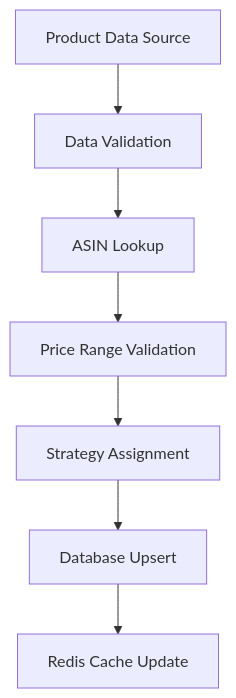
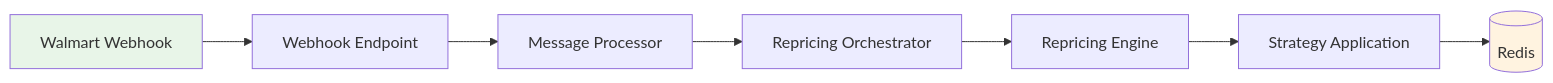
The third of 4 diagrams in docs/SERVICE_DATA_FLOWS.md (l3acucm/urepricer), drawn with Mermaid before and after one commit. The commit also changed other lines of this file and 4 other files, not shown here.

````diff
--- a/docs/SERVICE_DATA_FLOWS.md
+++ b/docs/SERVICE_DATA_FLOWS.md
@@ -291,9 +221,12 @@
 ```mermaid
-graph TD
-    A[Product Data Source] --> B[Data Validation]
-    B --> C[ASIN Lookup]
-    C --> D[Price Range Validation]
-    D --> E[Strategy Assignment]
-    E --> F[Database Upsert]
-    F --> G[Redis Cache Update]
+graph LR
+    WH[Walmart Webhook] --> WE[Webhook Endpoint]
+    WE --> MP[Message Processor]
+    MP --> RO[Repricing Orchestrator]
+    RO --> RE[Repricing Engine]
+    RE --> S[Strategy Application]
+    S --> R[(Redis)]
+    
+    style WH fill:#e8f5e8
+    style R fill:#fff3e0
 ```
````
